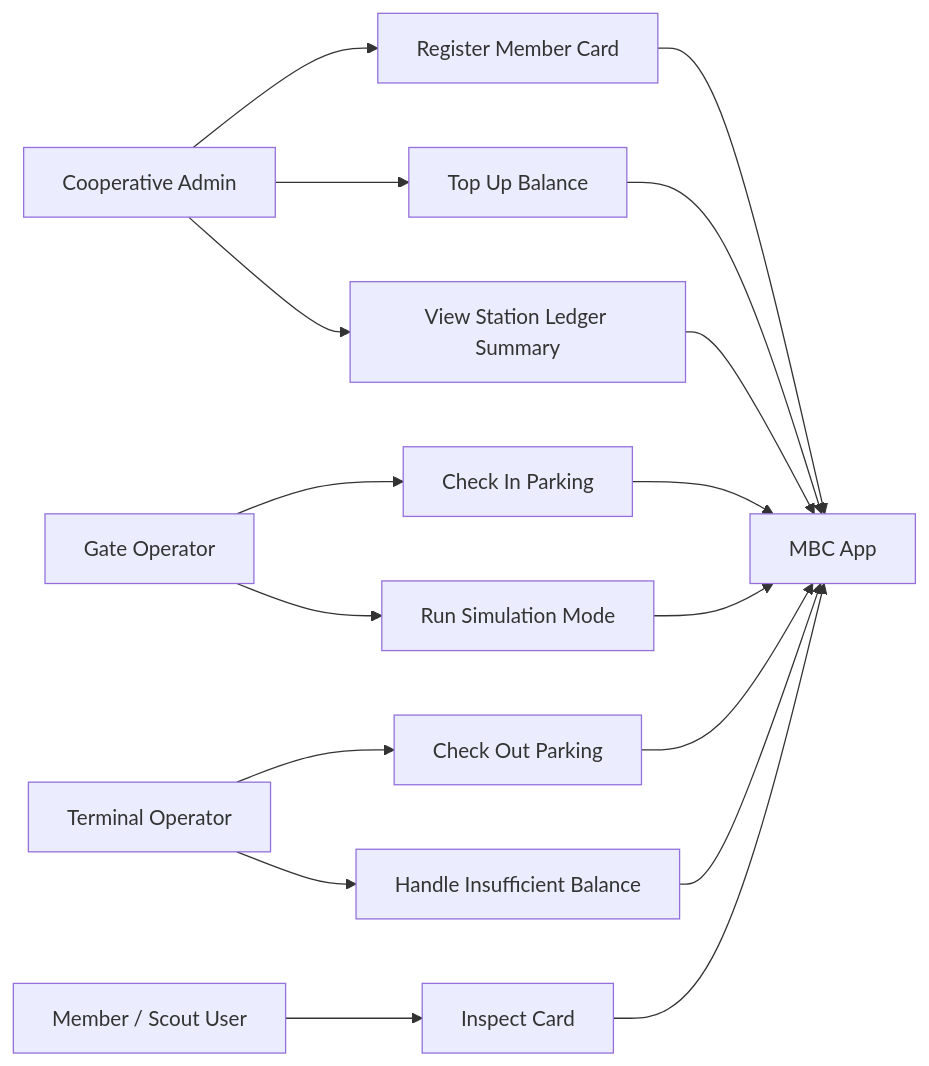
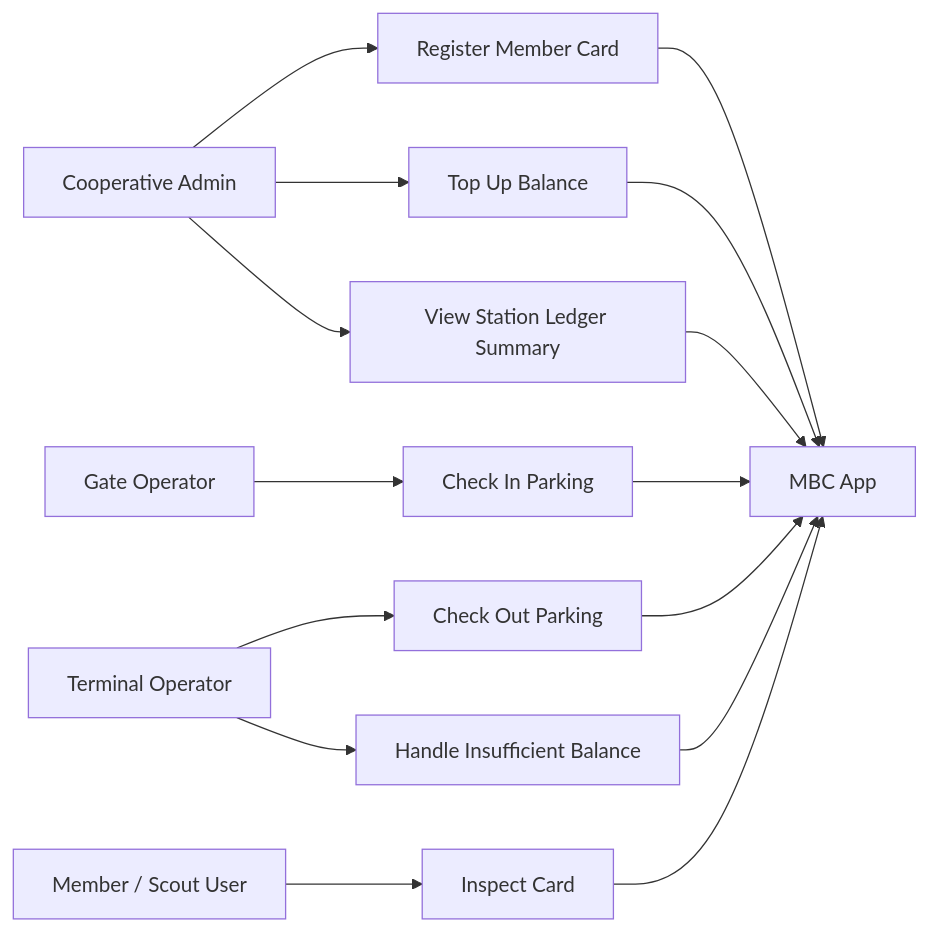
One commit to Schitzos/mbc-nfc changed the second of 9 diagrams in .codex/specs/UML_SYSTEM_DIAGRAMS.md. Above: the diagram before and after it, drawn with Mermaid. The commit also changed 19 other files, not shown here.

````diff
--- a/.codex/specs/UML_SYSTEM_DIAGRAMS.md
+++ b/.codex/specs/UML_SYSTEM_DIAGRAMS.md
@@ -34,23 +34,21 @@
 ```mermaid
 flowchart LR
   Admin["Cooperative Admin"] --> UC1["Register Member Card"]
   Admin --> UC2["Top Up Balance"]
   Admin --> UC3["View Station Ledger Summary"]
 
   GateOp["Gate Operator"] --> UC4["Check In Parking"]
-  GateOp --> UC5["Run Simulation Mode"]
 
   TerminalOp["Terminal Operator"] --> UC6["Check Out Parking"]
   TerminalOp --> UC7["Handle Insufficient Balance"]
 
   Member["Member / Scout User"] --> UC8["Inspect Card"]
 
   UC1 --> SYS["MBC App"]
   UC2 --> SYS
   UC3 --> SYS
   UC4 --> SYS
-  UC5 --> SYS
   UC6 --> SYS
   UC7 --> SYS
   UC8 --> SYS
 ```
````
